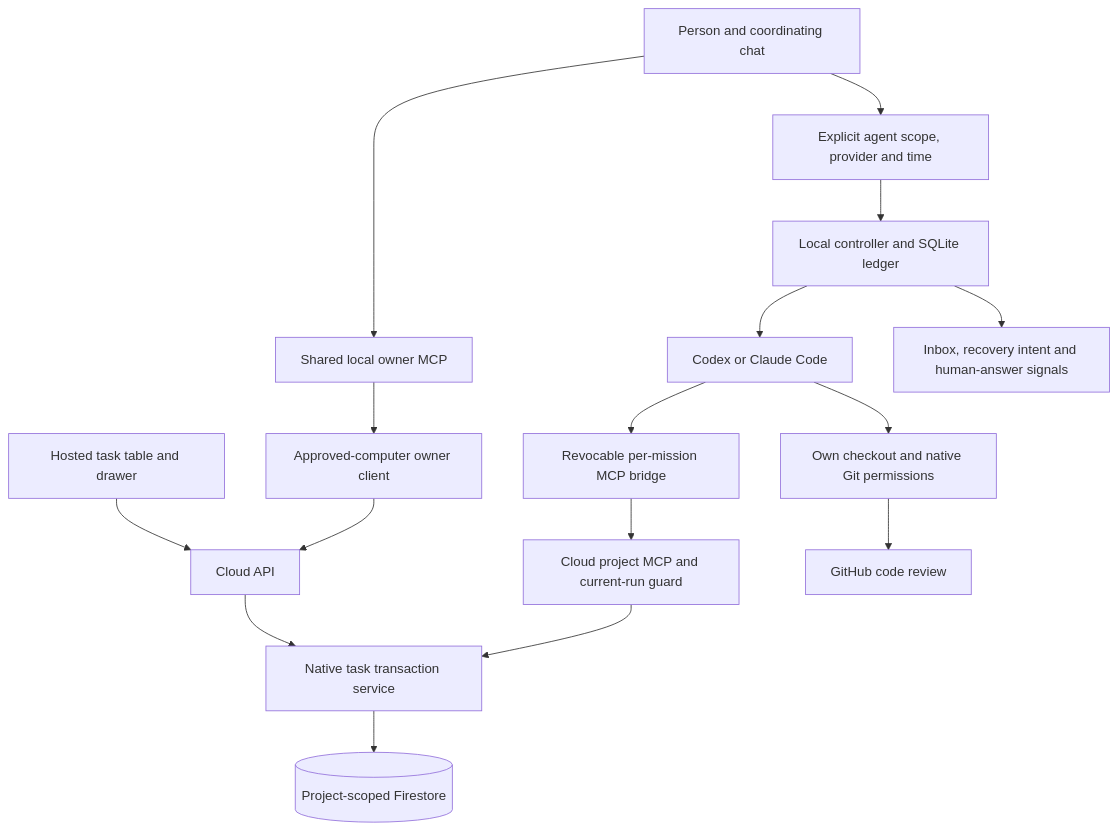
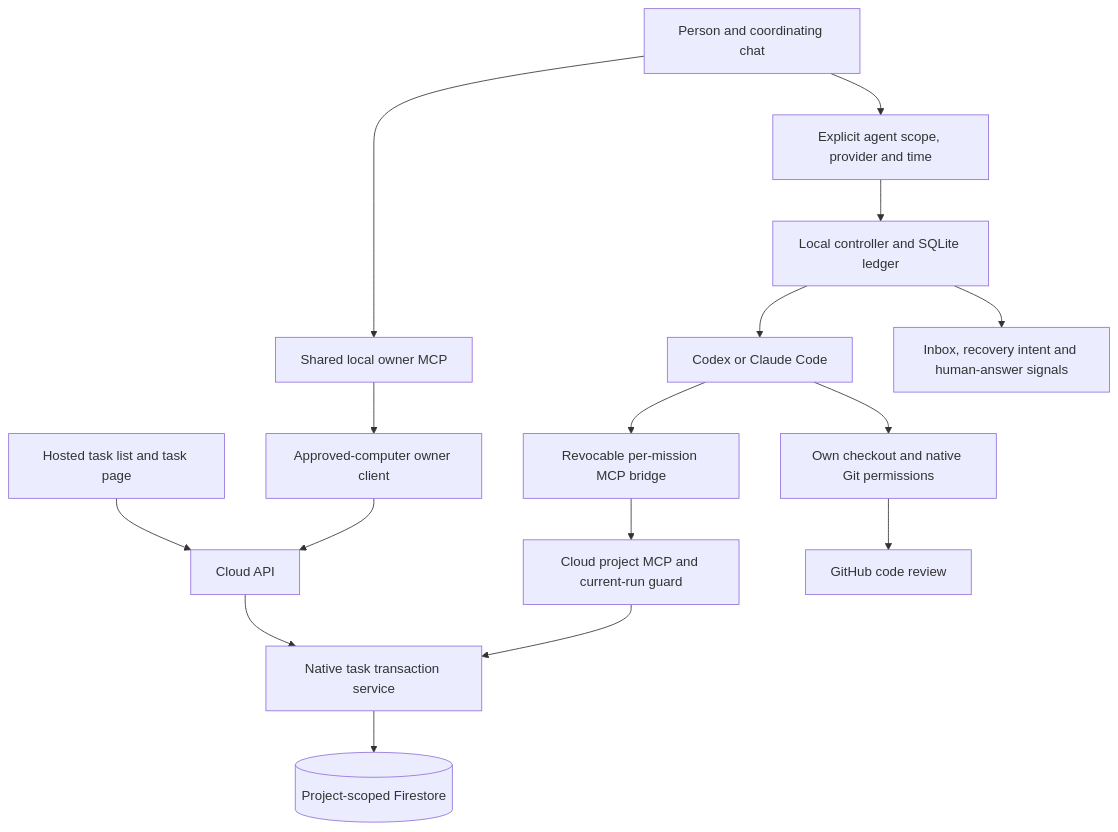
One commit to latent-spaces/minions changed the first of 2 diagrams in docs/architecture/native-tasks.md. Above: the diagram before and after it, drawn with Mermaid. The commit also changed other lines of this file and 24 other files, not shown here.

First line of the commit message:
Task page with first-class subtasks

````diff
--- a/docs/architecture/native-tasks.md
+++ b/docs/architecture/native-tasks.md
@@ -7,18 +7,18 @@
 ```mermaid
 flowchart TB
   Human[Person and coordinating chat] --> OwnerMCP[Shared local owner MCP]
-  Hosted[Hosted task table and drawer] --> API[Cloud API]
+  Hosted[Hosted task list and task page] --> API[Cloud API]
   OwnerMCP --> OwnerHTTP[Approved-computer owner client]
   OwnerHTTP --> API
   Human --> Approval[Explicit agent scope, provider and time]
   Approval --> Controller[Local controller and SQLite ledger]
   Controller --> Native[Codex or Claude Code]
   Native --> Bridge[Revocable per-mission MCP bridge]
   Bridge --> AgentMCP[Cloud project MCP and current-run guard]
   AgentMCP --> TaskService[Native task transaction service]
   API --> TaskService
   TaskService --> Firestore[(Project-scoped Firestore)]
   Controller --> Wait[Inbox, recovery intent and human-answer signals]
   Native --> Repo[Own checkout and native Git permissions]
   Repo --> GitHub[GitHub code review]
 ```
````
